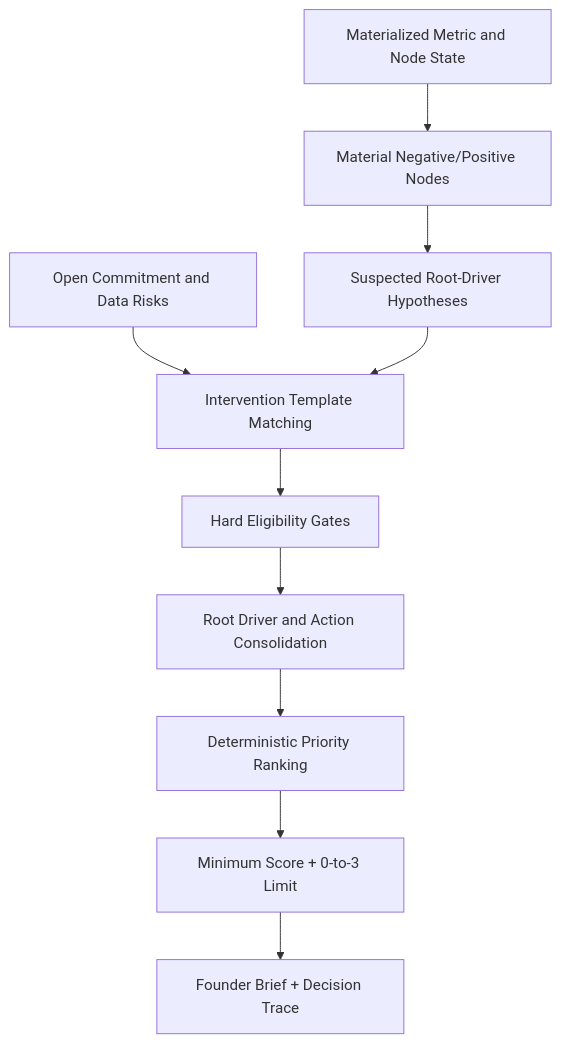
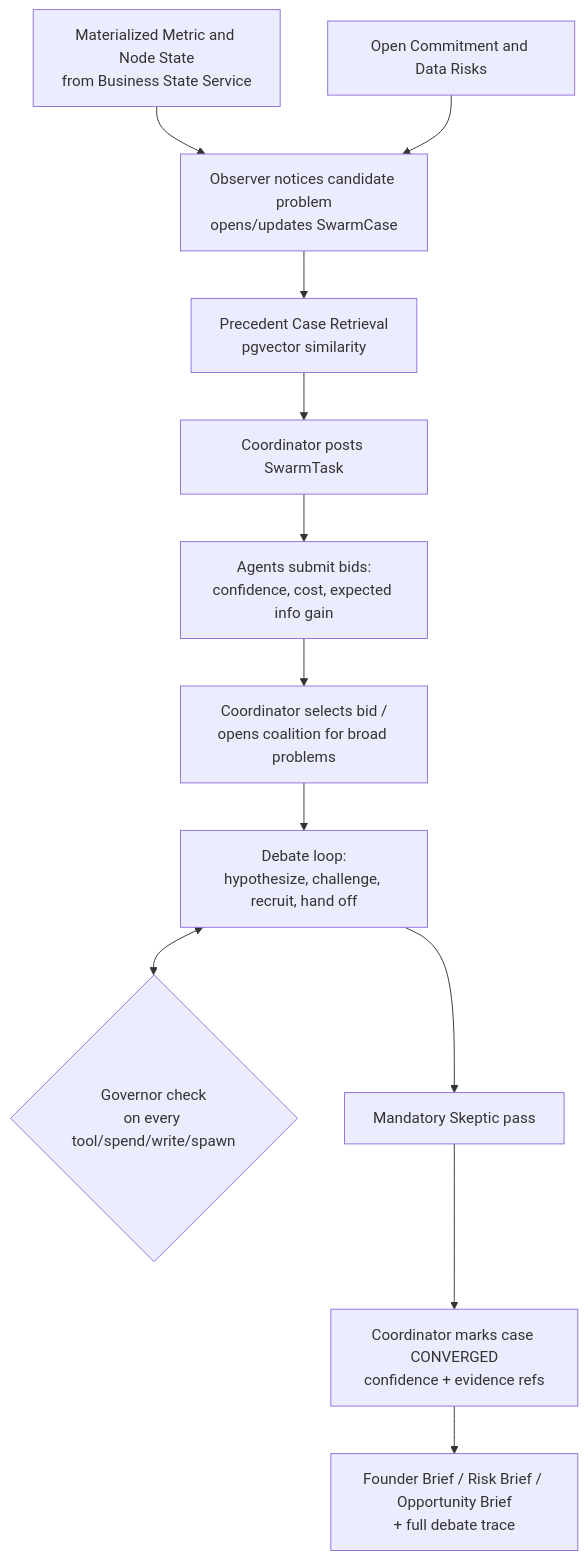
One commit to Tervigon-Collective/Seleric_Agent changed the second of 9 diagrams in 07_WORKFLOW_AND_DATA_FLOW.md. Above: the diagram before and after it, drawn with Mermaid. The commit also changed other lines of this file and 26 other files, not shown here.

````diff
--- a/07_WORKFLOW_AND_DATA_FLOW.md
+++ b/07_WORKFLOW_AND_DATA_FLOW.md
@@ -130,17 +133,21 @@
 ```mermaid
 flowchart TD
-    S[Materialized Metric and Node State]
+    S[Materialized Metric and Node State<br/>from Business State Service]
     C[Open Commitment and Data Risks]
-    H[Material Negative/Positive Nodes]
-    R[Suspected Root-Driver Hypotheses]
-    T[Intervention Template Matching]
-    E[Hard Eligibility Gates]
-    D[Root Driver and Action Consolidation]
-    P[Deterministic Priority Ranking]
-    L[Minimum Score + 0-to-3 Limit]
-    B[Founder Brief + Decision Trace]
+    Prec[Precedent Case Retrieval<br/>pgvector similarity]
+    Obs[Observer notices candidate problem<br/>opens/updates SwarmCase]
+    Task[Coordinator posts SwarmTask]
+    Bid[Agents submit bids:<br/>confidence, cost, expected info gain]
+    Sel[Coordinator selects bid /<br/>opens coalition for broad problems]
+    Deb[Debate loop:<br/>hypothesize, challenge, recruit, hand off]
+    Gov{Governor check<br/>on every tool/spend/write/spawn}
+    Skep[Mandatory Skeptic pass]
+    Conv[Coordinator marks case CONVERGED<br/>confidence + evidence refs]
+    Pub[Founder Brief / Risk Brief / Opportunity Brief<br/>+ full debate trace]
 
-    S --> H
-    C --> T
-    H --> R --> T --> E --> D --> P --> L --> B
+    S --> Obs
+    C --> Obs
+    Obs --> Prec --> Task --> Bid --> Sel --> Deb
+    Deb <--> Gov
+    Deb --> Skep --> Conv --> Pub
 ```
````
